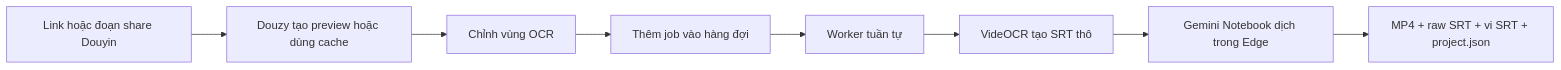
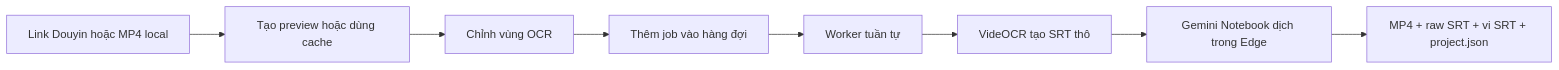
The second of 2 diagrams in README.md (qvinh8726/VietSub-Studio), drawn with Mermaid before and after one commit. The commit also changed other lines of this file and 7 other files, not shown here.

````diff
--- a/README.md
+++ b/README.md
@@ -691,10 +707,10 @@
 ```mermaid
 flowchart LR
-    A[Link hoặc đoạn share Douyin] --> B[Douzy tạo preview hoặc dùng cache]
+    A[Link Douyin hoặc MP4 local] --> B[Tạo preview hoặc dùng cache]
     B --> C[Chỉnh vùng OCR]
     C --> D[Thêm job vào hàng đợi]
     D --> E[Worker tuần tự]
     E --> F[VideOCR tạo SRT thô]
     F --> G[Gemini Notebook dịch trong Edge]
     G --> H[MP4 + raw SRT + vi SRT + project.json]
 ```
````
